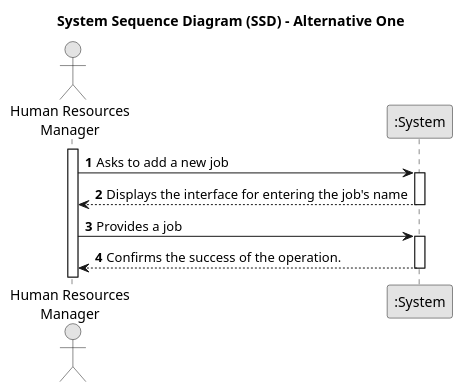
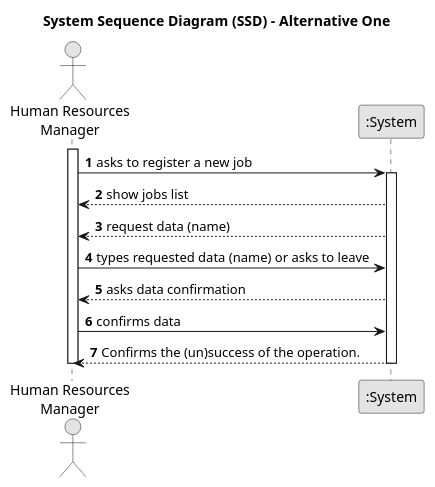
Before and after one commit to SAEmanuel/Green_Spaces_Management_ISEP: the diagram in docs/sprintB/us002/01.requirements-engineering/puml/us002-system-sequence-diagram-alternative-one.puml, drawn with PlantUML. The commit also changed 2 other files, not shown here.

Commit message:
US2 - design full diagram and ssd update

```diff
--- a/docs/sprintB/us002/01.requirements-engineering/puml/us002-system-sequence-diagram-alternative-one.puml
+++ b/docs/sprintB/us002/01.requirements-engineering/puml/us002-system-sequence-diagram-alternative-one.puml
@@ -1,30 +1,31 @@
 @startuml
 skinparam monochrome true
 skinparam packageStyle rectangle
 skinparam shadowing false
 
 title System Sequence Diagram (SSD) - Alternative One
 
 autonumber
 
 actor "Human Resources\nManager" as HRM
 participant ":System" as System
 
 activate HRM
 
 
-     HRM -> System : Asks to add a new job
+     HRM -> System : asks to register a new job
     activate System
 
-        System --> HRM : Displays the interface for entering the job's name
+    System --> HRM :  show jobs list
+    System --> HRM :  request data (name)
+    HRM -> System : types requested data (name) or asks to leave
+    System --> HRM : asks data confirmation
+    HRM -> System : confirms data
+    System --> HRM : Confirms the (un)success of the operation.
+
+
     deactivate System
-
-        HRM -> System : Provides a job
-    activate System
-
-        System --> HRM : Confirms the success of the operation.
-    deactivate System
-
+    deactivate HRM
 
 
 @enduml
```
